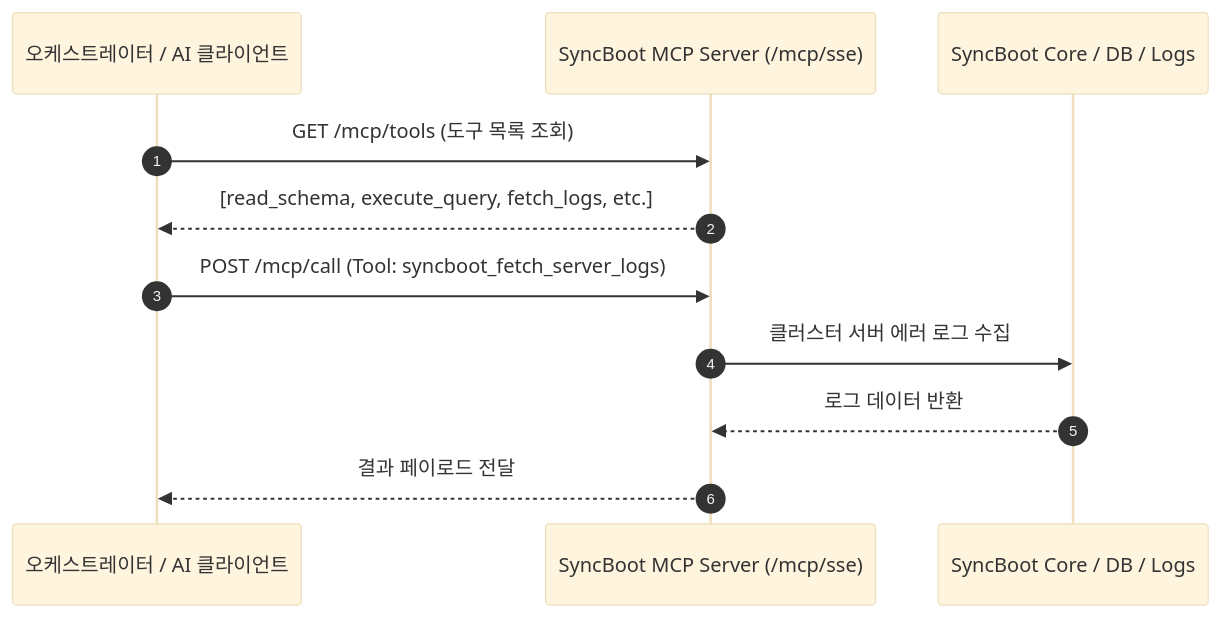
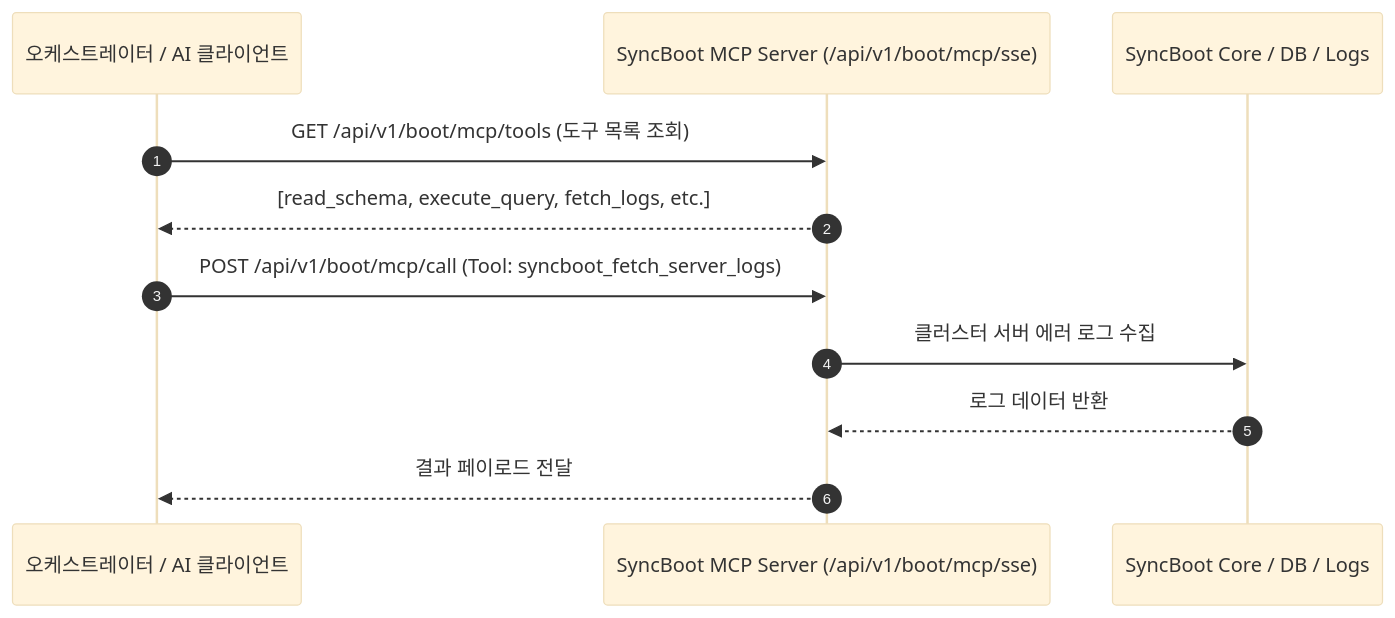
Before and after one commit to DramaticCollaboration/doc.github.io: the diagram in ko/syncboot/mcp-and-ai.md, drawn with Mermaid (base theme). The commit also changed 437 other files, not shown here.

````diff
--- a/ko/syncboot/mcp-and-ai.md
+++ b/ko/syncboot/mcp-and-ai.md
@@ -17,14 +17,14 @@
 ```mermaid
 sequenceDiagram
     autonumber
     participant Client as 오케스트레이터 / AI 클라이언트
-    participant MCP as SyncBoot MCP Server (/mcp/sse)
+    participant MCP as SyncBoot MCP Server (/api/v1/boot/mcp/sse)
     participant Core as SyncBoot Core / DB / Logs
 
-    Client->>MCP: GET /mcp/tools (도구 목록 조회)
+    Client->>MCP: GET /api/v1/boot/mcp/tools (도구 목록 조회)
     MCP-->>Client: [read_schema, execute_query, fetch_logs, etc.]
-    Client->>MCP: POST /mcp/call (Tool: syncboot_fetch_server_logs)
+    Client->>MCP: POST /api/v1/boot/mcp/call (Tool: syncboot_fetch_server_logs)
     MCP->>Core: 클러스터 서버 에러 로그 수집
     Core-->>MCP: 로그 데이터 반환
     MCP-->>Client: 결과 페이로드 전달
 ```
````
